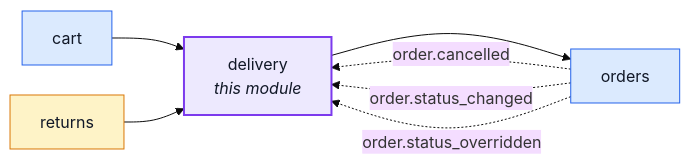
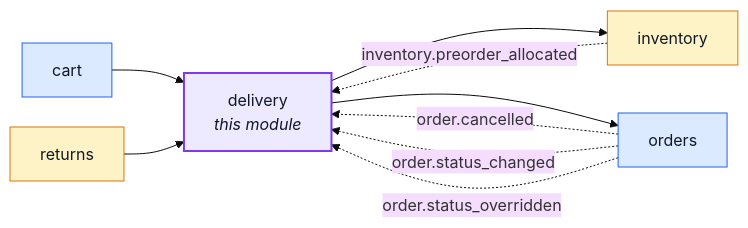
Before and after one commit to Guebbit/boilerplate-node-backend: the first of 5 diagrams in docs/modules/delivery.md, drawn with Mermaid (base theme). The commit also changed other lines of this file and 17 other files, not shown here.

First line of the commit message:
feat(delivery): release a paid preorder's fulfillment order when its stock is allocated

````diff
--- a/docs/modules/delivery.md
+++ b/docs/modules/delivery.md
@@ -16,23 +16,26 @@
 ```mermaid
 %%{init: {'flowchart': {'nodeSpacing': 30, 'rankSpacing': 60}}}%%
 flowchart LR
     delivery["delivery<br/><i>this module</i>"]
     cart["cart"]
+    inventory["inventory"]
     orders["orders"]
     returns["returns"]
 
     cart --> delivery
     returns --> delivery
+    delivery --> inventory
     delivery --> orders
+    inventory -. "inventory.preorder_allocated" .-> delivery
     orders -. "order.cancelled" .-> delivery
     orders -. "order.status_changed" .-> delivery
     orders -. "order.status_overridden" .-> delivery
 
     classDef core fill:#dbeafe,stroke:#2563eb,color:#111827;
     classDef supporting fill:#fef3c7,stroke:#d97706,color:#111827;
     classDef generic fill:#dcfce7,stroke:#16a34a,color:#111827;
     classDef centre fill:#ede9fe,stroke:#7c3aed,stroke-width:2px,color:#111827;
     class cart,orders core;
-    class returns supporting;
+    class inventory,returns supporting;
     class delivery centre;
 ```
````
